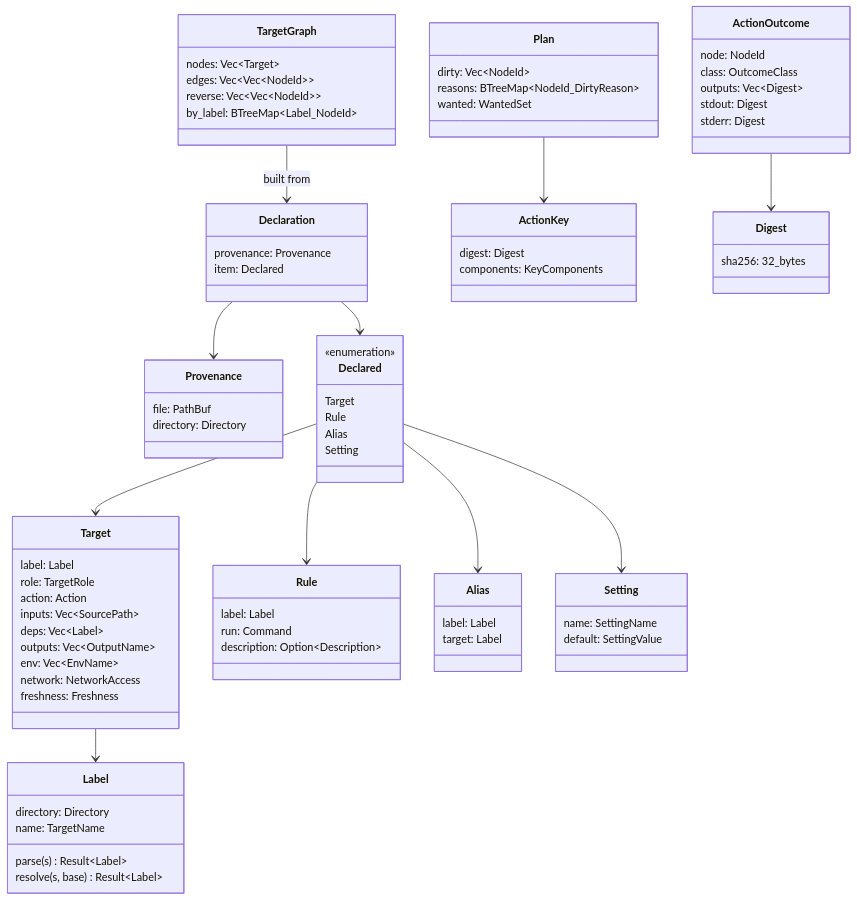
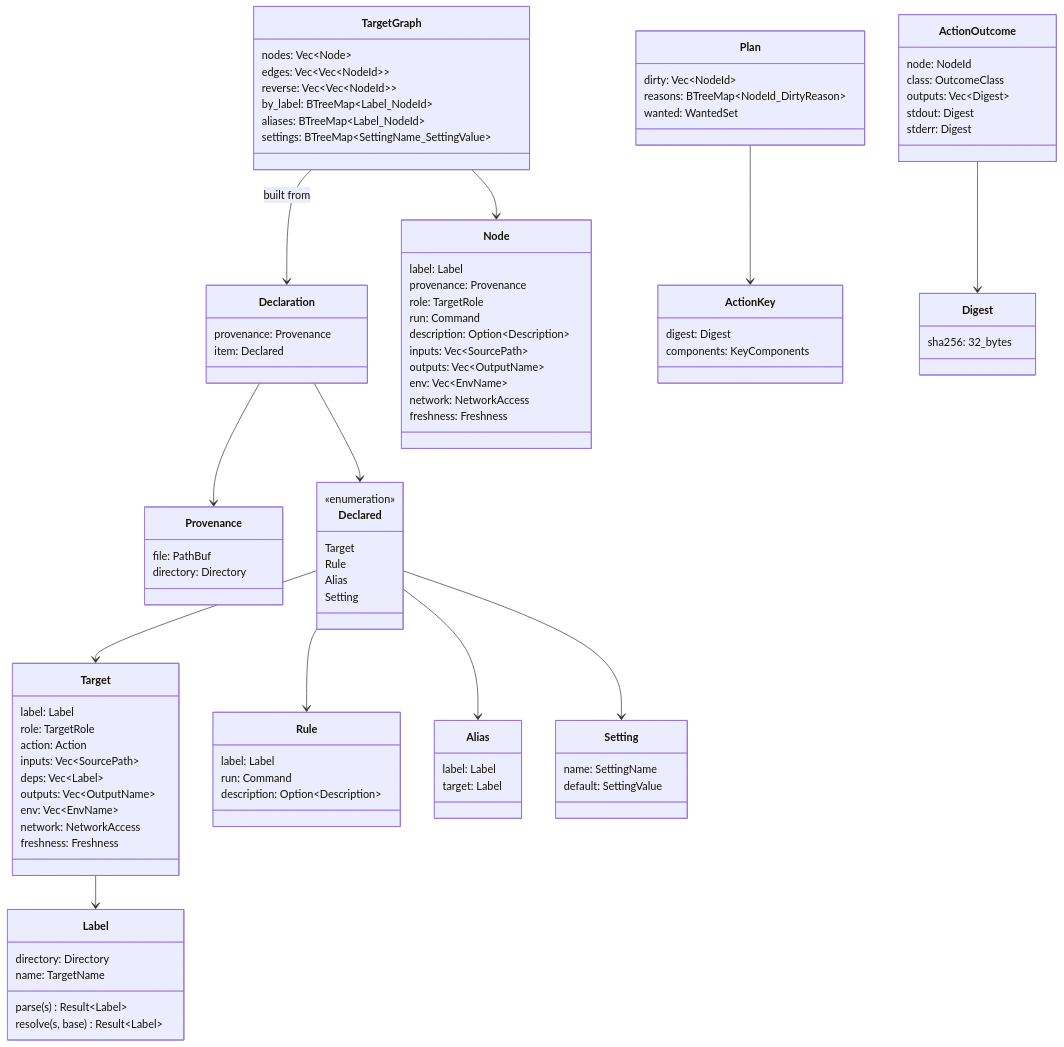
The second of 3 diagrams in docs/architecture.md (airsstack/buildl), drawn with Mermaid before and after one commit. The commit also changed other lines of this file and 38 other files, not shown here.

First line of the commit message:
buildl-core's Resolve phase and the graph command (#6)

````diff
--- a/docs/architecture.md
+++ b/docs/architecture.md
@@ -93,11 +93,25 @@
         name: SettingName
         default: SettingValue
     }
+    class Node {
+        label: Label
+        provenance: Provenance
+        role: TargetRole
+        run: Command
+        description: Option~Description~
+        inputs: Vec~SourcePath~
+        outputs: Vec~OutputName~
+        env: Vec~EnvName~
+        network: NetworkAccess
+        freshness: Freshness
+    }
     class TargetGraph {
-        nodes: Vec~Target~
+        nodes: Vec~Node~
         edges: Vec~Vec~NodeId~~
         reverse: Vec~Vec~NodeId~~
         by_label: BTreeMap~Label_NodeId~
+        aliases: BTreeMap~Label_NodeId~
+        settings: BTreeMap~SettingName_SettingValue~
     }
     class ActionKey {
         digest: Digest
@@ -126,6 +140,7 @@
     Declared --> Setting
     Target --> Label
     TargetGraph --> Declaration : built from
+    TargetGraph --> Node
     Plan --> ActionKey
     ActionOutcome --> Digest
 ```
````
